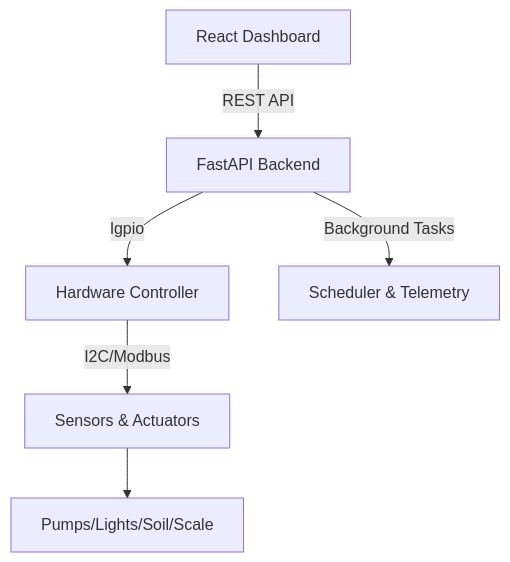
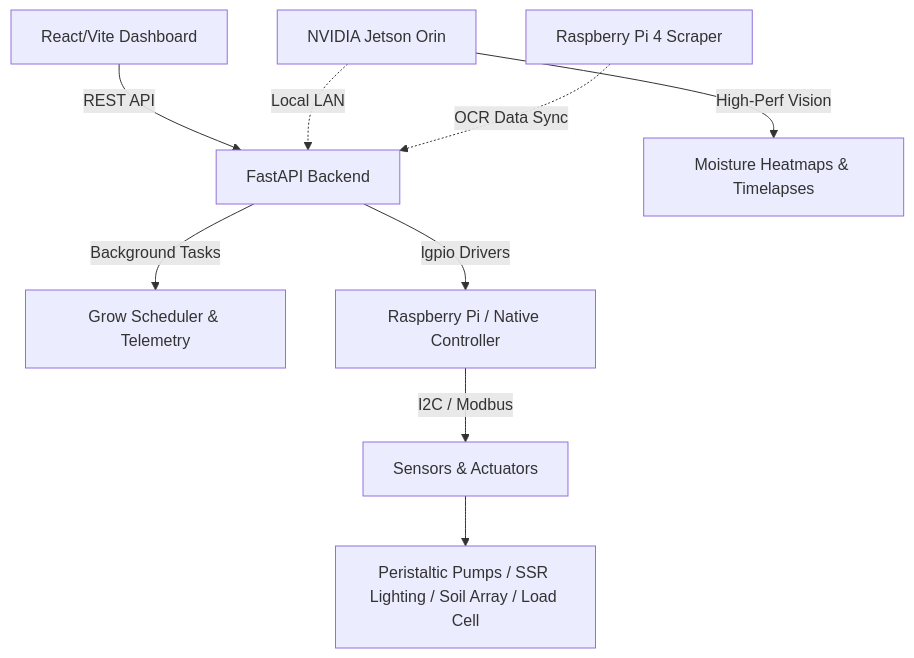
Before and after one commit to ARCS-FOODI/AMiGA: the diagram in README.md, drawn with Mermaid. The commit also changed other lines of this file and 6 other files, not shown here.

````diff
--- a/README.md
+++ b/README.md
@@ -22,8 +31,13 @@
 ```mermaid
 graph TD
-    A[React Dashboard] -- REST API --> B[FastAPI Backend]
-    B -- lgpio --> C[Hardware Controller]
-    B -- Background Tasks --> D[Scheduler & Telemetry]
-    C -- I2C/Modbus --> E[Sensors & Actuators]
-    E --> F[Pumps/Lights/Soil/Scale]
+    A[React/Vite Dashboard] -- REST API --> B[FastAPI Backend]
+    B -- Background Tasks --> C[Grow Scheduler & Telemetry]
+    B -- lgpio Drivers --> D[Raspberry Pi / Native Controller]
+    D -- I2C / Modbus --> E[Sensors & Actuators]
+    E --> F[Peristaltic Pumps / SSR Lighting / Soil Array / Load Cell]
+    
+    G[NVIDIA Jetson Orin] -. Local LAN .-> B
+    G -- High-Perf Vision --> H[Moisture Heatmaps & Timelapses]
+    
+    I[Raspberry Pi 4 Scraper] -. OCR Data Sync .-> B
 ```
````
